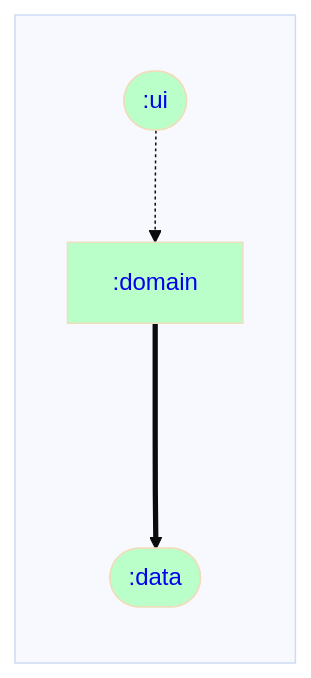
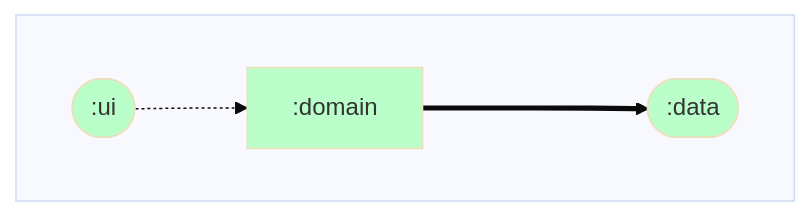
Before and after one commit to ARES-ID/Daedalus: the diagram in domain/dependencyGraph.md, drawn with Mermaid. The commit also changed 12 other files, not shown here.

Commit message:
Fix kotlinter & dependency graphs

````diff
--- a/domain/dependencyGraph.md
+++ b/domain/dependencyGraph.md
@@ -1,24 +1,24 @@
 ```mermaid
 %%{ init: { 'theme': 'base' } }%%
 graph LR;
 
 %% Styling for module nodes by type
 classDef rootNode stroke-width:4px;
 classDef mppNode fill:#ffd2b3,color:#333333;
 classDef andNode fill:#baffc9,color:#333333;
 classDef javaNode fill:#ffb3ba,color:#333333;
 
 %% Modules
 subgraph  
-  direction TB;
-  :data([<a href='https://github.com/rjspies/Daedalus/blob/main/data/dependencyGraph.md' style='text-decoration:auto'>:data</a>]):::andNode;
-  :domain[<a href='https://github.com/rjspies/Daedalus/blob/main/domain/dependencyGraph.md' style='text-decoration:auto'>:domain</a>]:::andNode;
-  :ui([<a href='https://github.com/rjspies/Daedalus/blob/main/ui/dependencyGraph.md' style='text-decoration:auto'>:ui</a>]):::andNode;
+  direction LR;
+  :data([:data]):::andNode;
+  :domain[:domain]:::andNode;
+  :ui([:ui]):::andNode;
 end
 
 %% Dependencies
 :domain===>:data
 
 %% Dependents
 :ui-.->:domain
 ```
````
